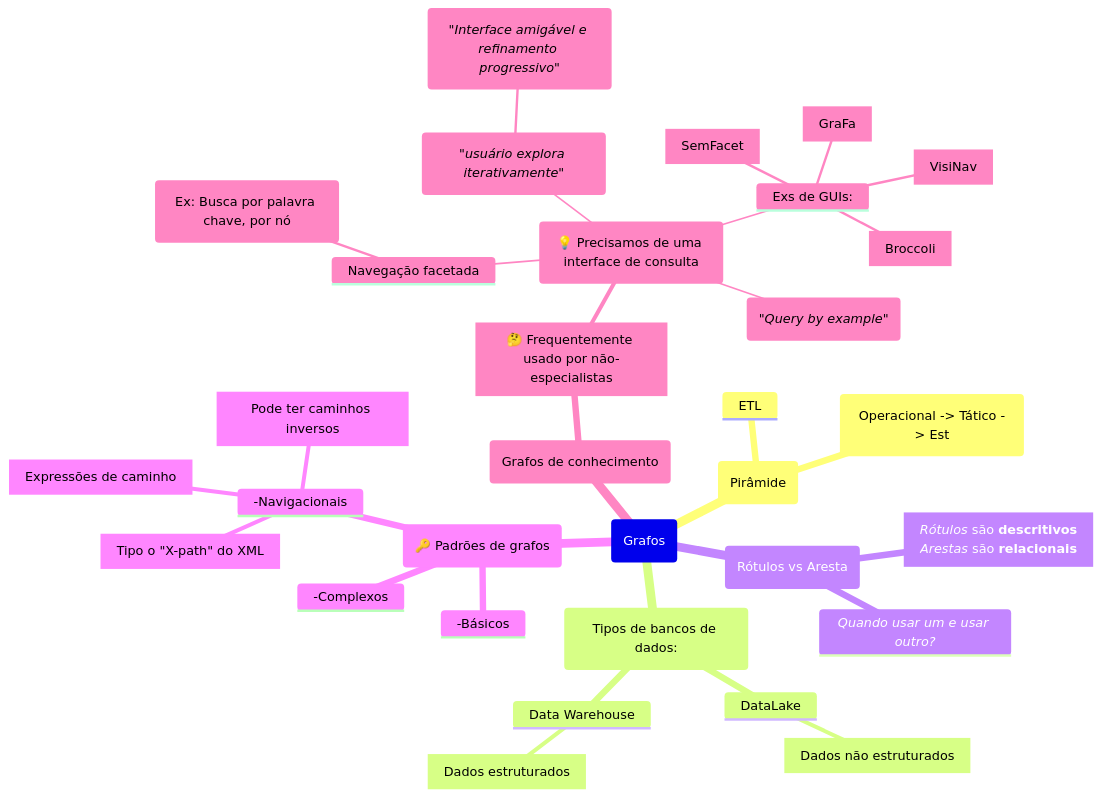
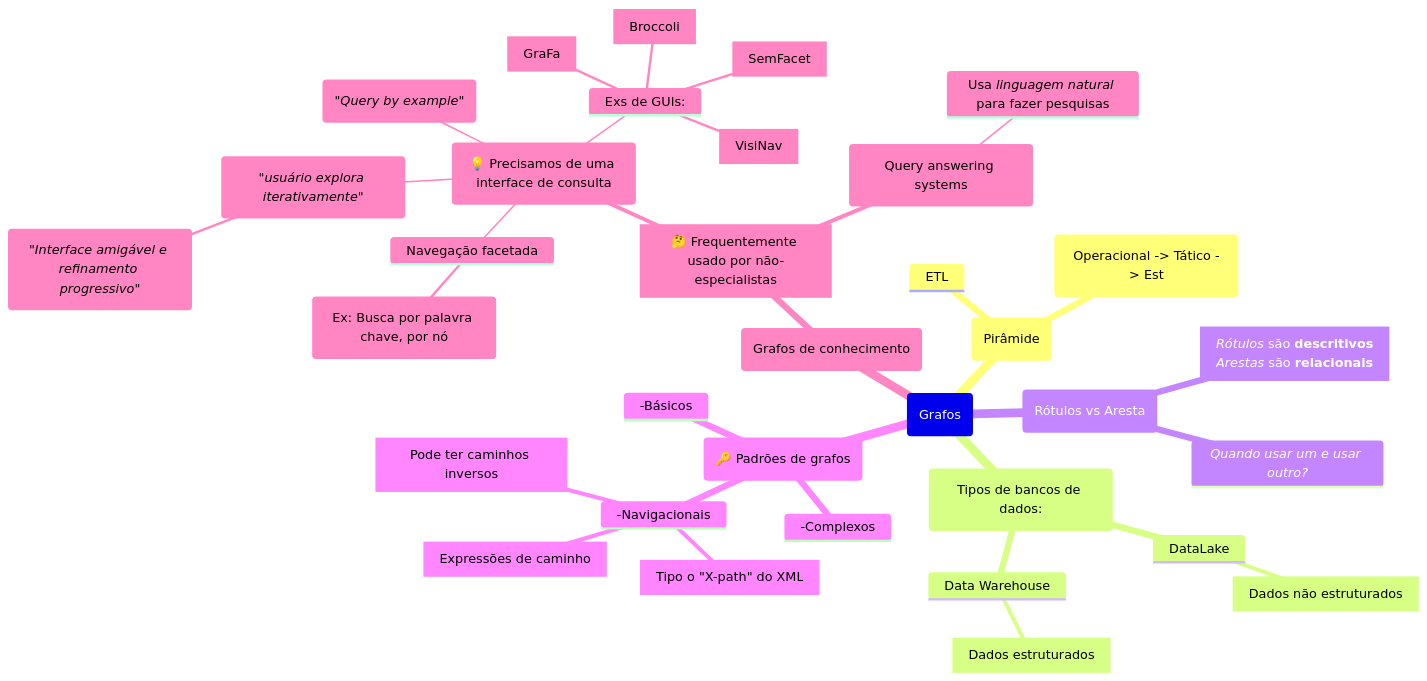
One commit to Igorino/joplin-notes changed the diagram in Mestrado/Segundo Semestre/SIN5033 - Grafos de conhecimento e Ontologias/Anotações/De Aulas/Aula do dia 2026 04 08.md. Above: the diagram before and after it, drawn with Mermaid.

Commit message:
Exported on 2026-04-08_16-15-51

````diff
--- a/Mestrado/Segundo Semestre/SIN5033 - Grafos de conhecimento e Ontologias/Anotações/De Aulas/Aula do dia 2026 04 08.md
+++ b/Mestrado/Segundo Semestre/SIN5033 - Grafos de conhecimento e Ontologias/Anotações/De Aulas/Aula do dia 2026 04 08.md
@@ -1,43 +1,44 @@
 ```mermaid
 mindmap
 	Root(Grafos)
 		(Pirâmide)
 			("Operacional -> Tático -> Est")
 			ETL
 
 		(Tipos de bancos de dados:)		
 			DataLake
 				[Dados não estruturados]
 			Data Warehouse
 				[Dados estruturados]
 
 		(Rótulos vs Aresta)
 			*Quando usar um e usar outro?*
 			[*Rótulos* são **descritivos**
 			*Arestas* são **relacionais**]
 
 		(🔑 Padrões de grafos)
 			-Básicos
 			-Complexos
 			-Navigacionais
 				[Tipo o "X-path" do XML]
 				["Expressões de caminho"]
 				[Pode ter caminhos inversos]
 
 		(Grafos de conhecimento)
 			[🤔 Frequentemente usado por não-especialistas]
 				(💡 Precisamos de uma interface de consulta)
 					Navegação facetada
 						(Ex: Busca por palavra chave, por nó)
 					(*"usuário explora iterativamente"*) 
 						(*"Interface amigável e refinamento progressivo"*)
 					(*"Query by example"*)
 					Exs de GUIs:
 						[Broccoli]
 						[VisiNav]
 						[SemFacet]
 						[GraFa]
-
+				(Query answering systems)
+					Usa *linguagem natural* para fazer pesquisas
 
 			
 ```
````
